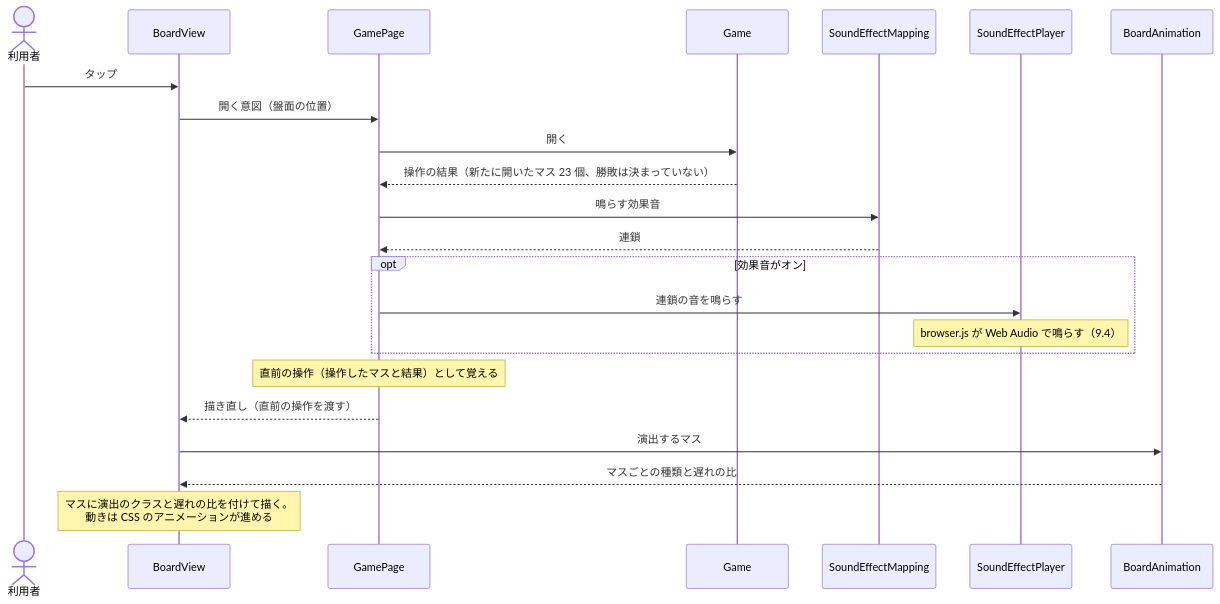
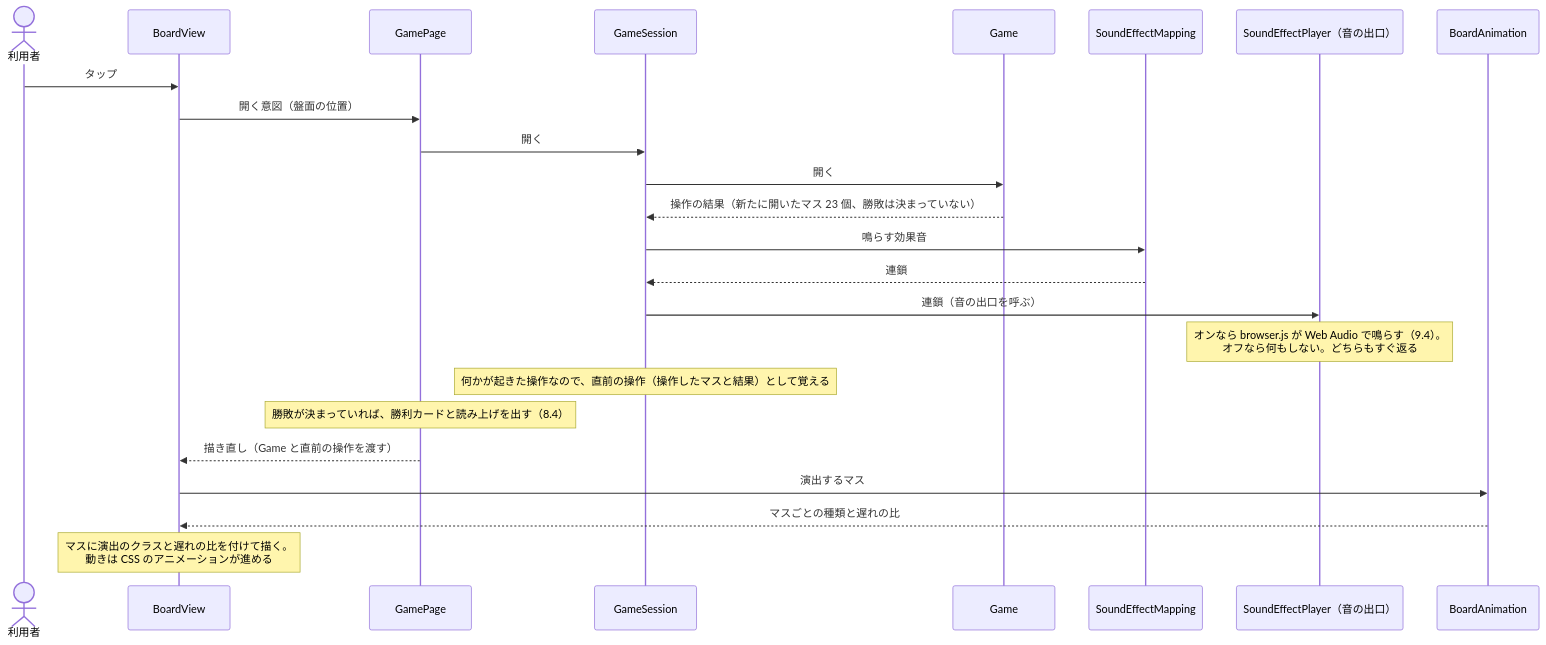
One commit to Fujiwo/Shos.Minesweeper changed diagram 11 of 12 in docs/04-architecture.md. Above: the diagram before and after it, drawn with Mermaid. The commit also changed other lines of this file and 2 other files, not shown here.

First line of the commit message:
Refactor sound effect implementation in architecture review

````diff
--- a/docs/04-architecture.md
+++ b/docs/04-architecture.md
@@ -505,25 +517,26 @@
 ```mermaid
 sequenceDiagram
     actor User as 利用者
     participant BV as BoardView
     participant GamePage
+    participant GS as GameSession
     participant Game
     participant SEM as SoundEffectMapping
-    participant SEP as SoundEffectPlayer
+    participant SEP as SoundEffectPlayer（音の出口）
     participant BA as BoardAnimation
     User->>BV: タップ
     BV->>GamePage: 開く意図（盤面の位置）
-    GamePage->>Game: 開く
-    Game-->>GamePage: 操作の結果（新たに開いたマス 23 個、勝敗は決まっていない）
-    GamePage->>SEM: 鳴らす効果音
-    SEM-->>GamePage: 連鎖
-    opt 効果音がオン
-        GamePage->>SEP: 連鎖の音を鳴らす
-        Note over SEP: browser.js が Web Audio で鳴らす（9.4）
-    end
-    Note over GamePage: 直前の操作（操作したマスと結果）として覚える
-    GamePage-->>BV: 描き直し（直前の操作を渡す）
+    GamePage->>GS: 開く
+    GS->>Game: 開く
+    Game-->>GS: 操作の結果（新たに開いたマス 23 個、勝敗は決まっていない）
+    GS->>SEM: 鳴らす効果音
+    SEM-->>GS: 連鎖
+    GS->>SEP: 連鎖（音の出口を呼ぶ）
+    Note over SEP: オンなら browser.js が Web Audio で鳴らす（9.4）。<br/>オフなら何もしない。どちらもすぐ返る
+    Note over GS: 何かが起きた操作なので、直前の操作（操作したマスと結果）として覚える
+    Note over GamePage: 勝敗が決まっていれば、勝利カードと読み上げを出す（8.4）
+    GamePage-->>BV: 描き直し（Game と直前の操作を渡す）
     BV->>BA: 演出するマス
     BA-->>BV: マスごとの種類と遅れの比
     Note over BV: マスに演出のクラスと遅れの比を付けて描く。<br/>動きは CSS のアニメーションが進める
 ```
````
